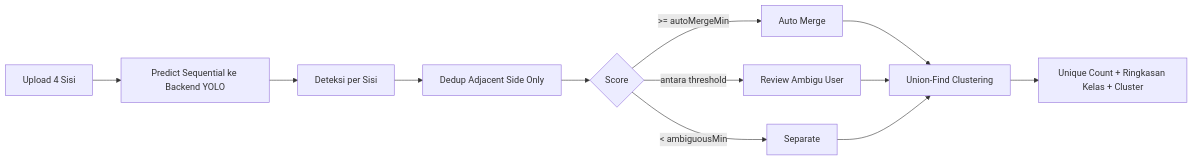
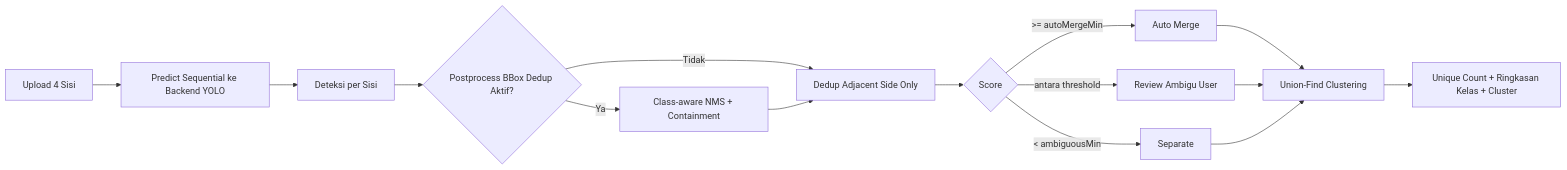
One commit to muhammad-zainal-muttaqin/tools_sawit changed the diagram in README.md. Above: the diagram before and after it, drawn with Mermaid. The commit also changed other lines of this file and 7 other files, not shown here.

````diff
--- a/README.md
+++ b/README.md
@@ -22,14 +23,17 @@
 ```mermaid
 flowchart LR
   A[Upload 4 Sisi] --> B[Predict Sequential ke Backend YOLO]
   B --> C[Deteksi per Sisi]
-  C --> D[Dedup Adjacent Side Only]
+  C --> C1{Postprocess BBox Dedup Aktif?}
+  C1 -->|Ya| C2[Class-aware NMS + Containment]
+  C1 -->|Tidak| D[Dedup Adjacent Side Only]
+  C2 --> D
   D --> E{Score}
   E -->|>= autoMergeMin| F[Auto Merge]
   E -->|antara threshold| G[Review Ambigu User]
   E -->|< ambiguousMin| H[Separate]
   F --> I[Union-Find Clustering]
   G --> I
   H --> I
   I --> J[Unique Count + Ringkasan Kelas + Cluster]
 ```
````
